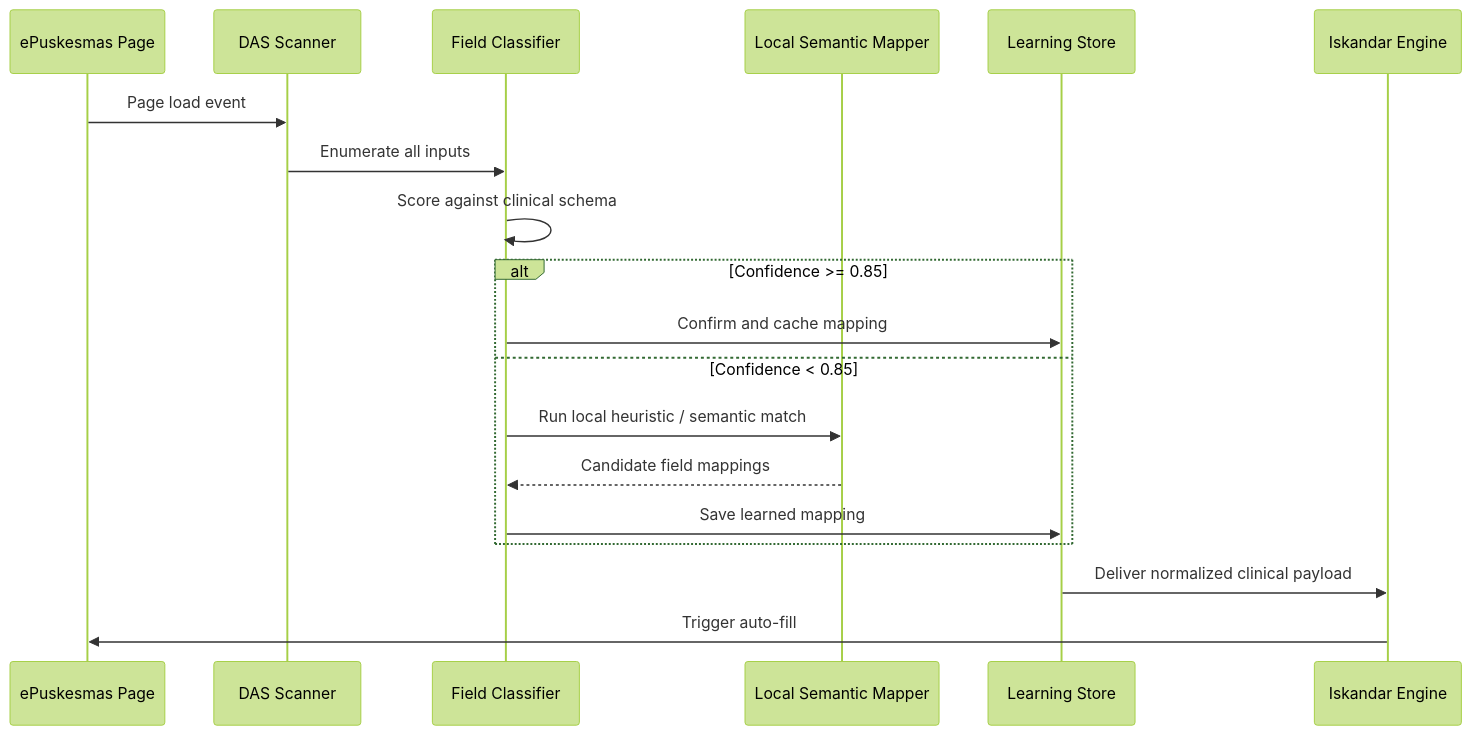
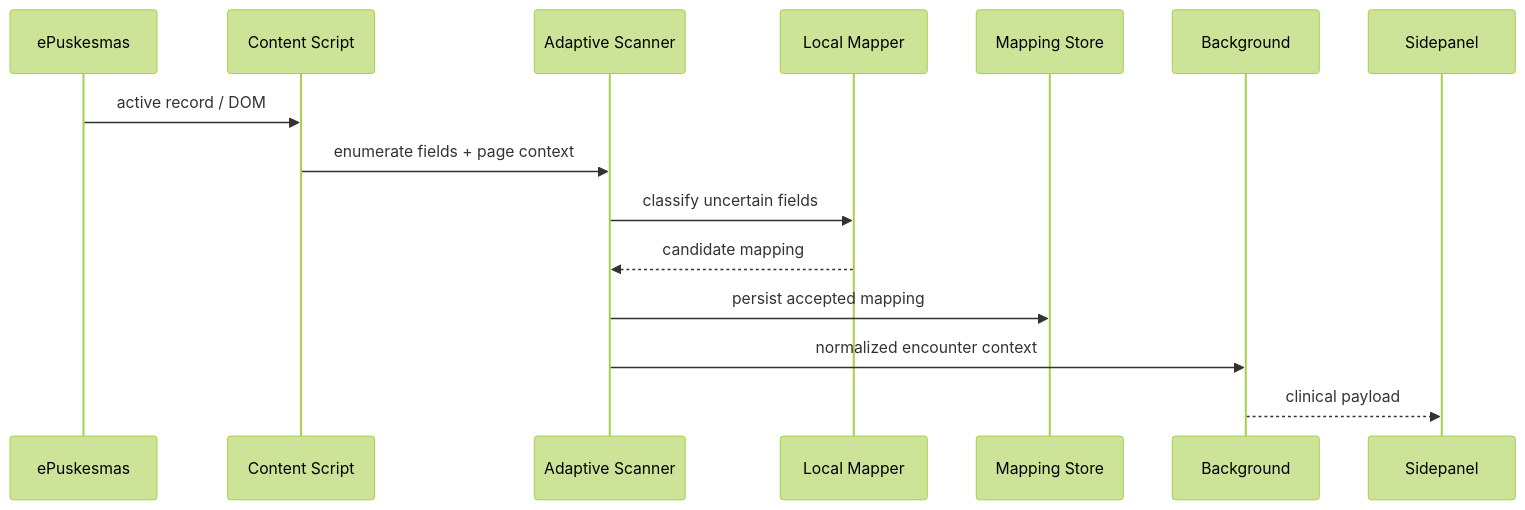
The third of 3 diagrams in projects/healthcare/med-assist/README.md (drferdi/Monorepo-safrs), drawn with Mermaid (forest theme) before and after one commit. The commit also changed other lines of this file and 4 other files, not shown here.

````diff
--- a/projects/healthcare/med-assist/README.md
+++ b/projects/healthcare/med-assist/README.md
@@ -331,22 +274,18 @@
-```mermaid
+~~~mermaid
 sequenceDiagram
-    participant Page as ePuskesmas Page
-    participant Scanner as DAS Scanner
-    participant Classifier as Field Classifier
-    participant Mapper as Local Semantic Mapper
-    participant Store as Learning Store
-    participant Engine as Iskandar Engine
+    participant Page as ePuskesmas
+    participant CS as Content Script
+    participant Scan as Adaptive Scanner
+    participant Map as Local Mapper
+    participant Cache as Mapping Store
+    participant BG as Background
+    participant UI as Sidepanel
 
-    Page->>Scanner: Page load event
-    Scanner->>Classifier: Enumerate all inputs
-    Classifier->>Classifier: Score against clinical schema
-    alt Confidence >= 0.85
-        Classifier->>Store: Confirm and cache mapping
-    else Confidence < 0.85
-        Classifier->>Mapper: Run local heuristic / semantic match
-        Mapper-->>Classifier: Candidate field mappings
-        Classifier->>Store: Save learned mapping
-    end
-    Store->>Engine: Deliver normalized clinical payload
-    Engine->>Page: Trigger auto-fill
-```
+    Page->>CS: active record / DOM
+    CS->>Scan: enumerate fields + page context
+    Scan->>Map: classify uncertain fields
+    Map-->>Scan: candidate mapping
+    Scan->>Cache: persist accepted mapping
+    Scan->>BG: normalized encounter context
+    BG-->>UI: clinical payload
+~~~
````
